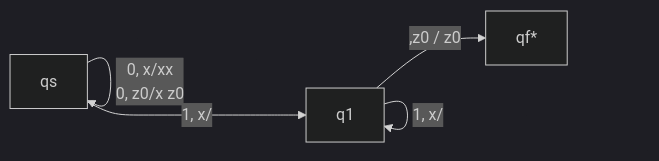
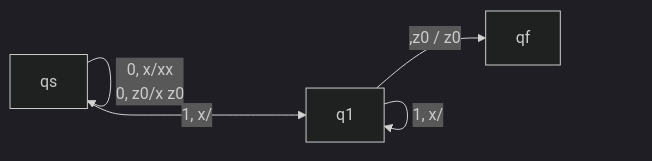
One commit to finger-bone/language-automaton-and-compiler changed the second of 4 diagrams in docs/context-free-language/push-down-automaton.mdx. Above: the diagram before and after it, drawn with Mermaid (dark theme). The commit also changed other lines of this file and 1 other file, not shown here.

````diff
--- a/docs/context-free-language/push-down-automaton.mdx
+++ b/docs/context-free-language/push-down-automaton.mdx
@@ -85,8 +86,8 @@
 ```mermaid
 graph LR
     qs[qs] -->|0, x/xx
      0, z0/x z0| qs
     qs ----> |1, x/| q1
     q1 --> |1, x/| q1
-    q1 --> |,z0 / z0| qf[qf*]
+    q1 --> |,z0 / z0| qf
 ```
````
